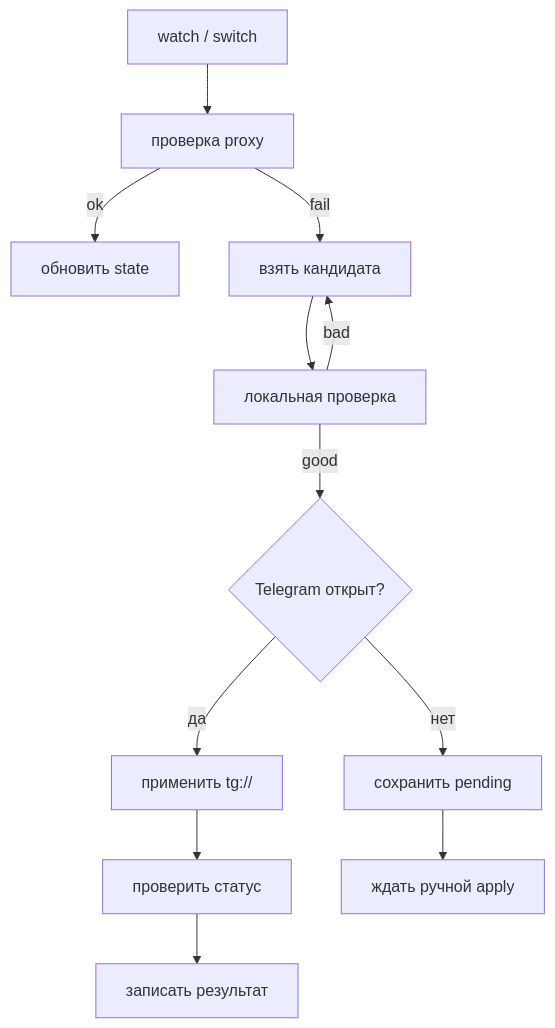
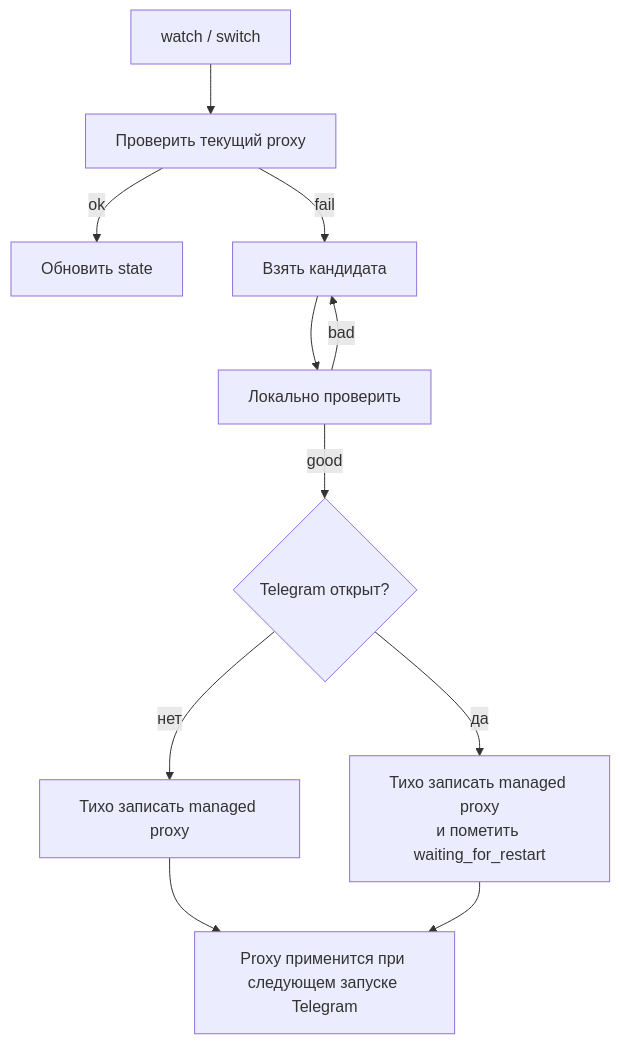
One commit to TheLitis/ProtoSwitch changed the diagram in README.md. Above: the diagram before and after it, drawn with Mermaid. The commit also changed other lines of this file and 1 other file, not shown here.

````diff
--- a/README.md
+++ b/README.md
@@ -67,14 +30,13 @@
 ```mermaid
 flowchart TD
-    A["watch / switch"] --> B["проверка proxy"]
-    B -->|ok| C["обновить state"]
-    B -->|fail| D["взять кандидата"]
-    D --> E["локальная проверка"]
+    A["watch / switch"] --> B["Проверить текущий proxy"]
+    B -->|ok| C["Обновить state"]
+    B -->|fail| D["Взять кандидата"]
+    D --> E["Локально проверить"]
     E -->|bad| D
     E -->|good| F{"Telegram открыт?"}
-    F -->|нет| G["сохранить pending"]
-    F -->|да| H["применить tg://"]
-    H --> I["проверить статус"]
-    G --> J["ждать ручной apply"]
-    I --> K["записать результат"]
+    F -->|нет| G["Тихо записать managed proxy"]
+    F -->|да| H["Тихо записать managed proxy<br/>и пометить waiting_for_restart"]
+    G --> I["Proxy применится при следующем запуске Telegram"]
+    H --> I
 ```
````
